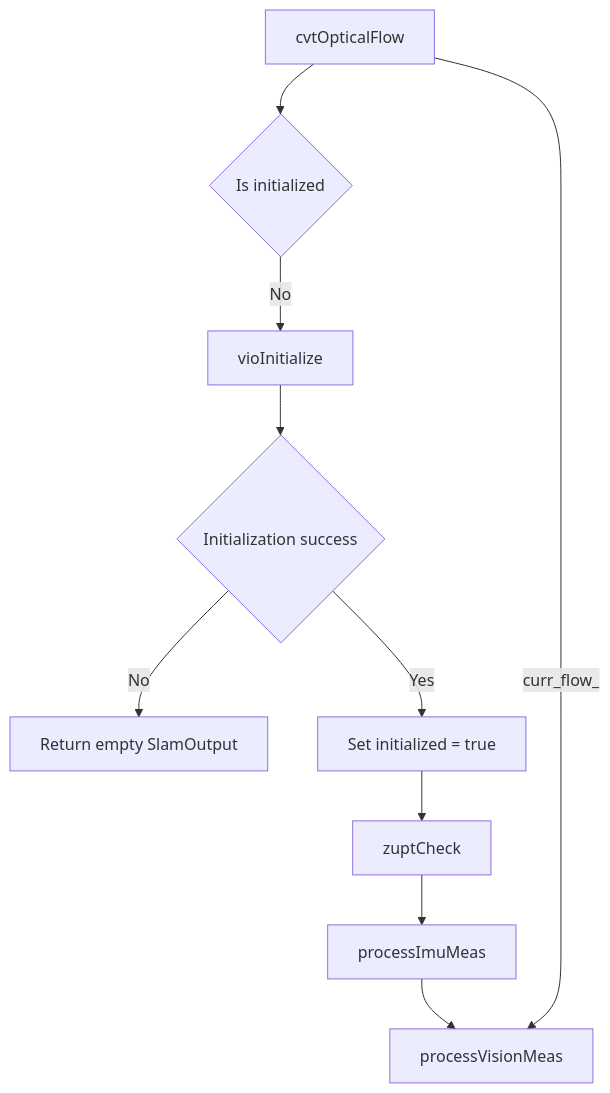
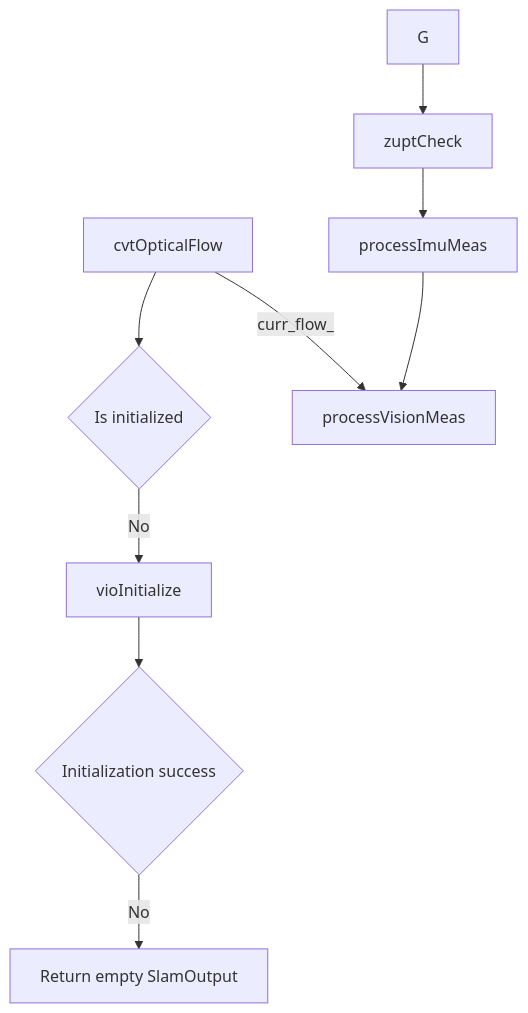
The diagram in all/未命名-4.md (huzixuan1/iodraw-files), drawn with Mermaid before and after one commit.

Commit message:
2025-04-24 18:06:58 update

````diff
--- a/all/未命名-4.md
+++ b/all/未命名-4.md
@@ -1,17 +1,18 @@
 ```mermaid
 graph TD
     B[cvtOpticalFlow]
     B --> C{Is initialized}
 
     C -- No --> D[vioInitialize]
     D --> E{Initialization success}
     E -- No --> F[Return empty SlamOutput]
-    E -- Yes --> G[Set initialized = true]
+    %% E -- Yes --> G[Set initialized = true]
+    
 
     H[zuptCheck]
 
     G --> H
     H --> I[processImuMeas]
     I --> J[processVisionMeas]
     B --curr_flow_--> J
 ```
````
